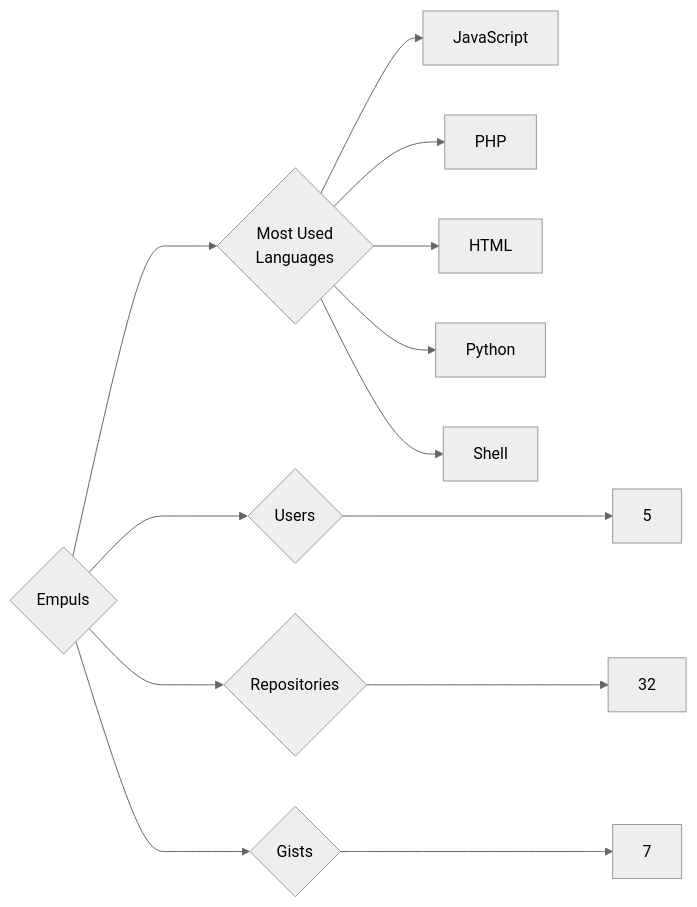
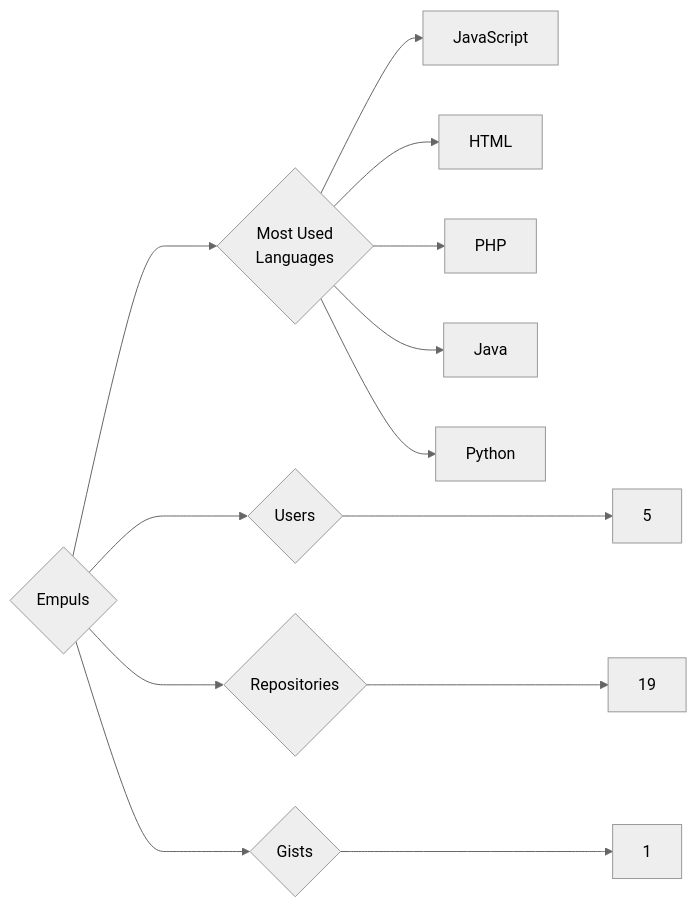
The diagram in targets/Empuls/README.md (trickest/insiders), drawn with Mermaid (neutral theme) before and after one commit. The commit also changed 998 other files, not shown here.

````diff
--- a/targets/Empuls/README.md
+++ b/targets/Empuls/README.md
@@ -3,13 +3,13 @@
 ```mermaid
 graph LR
 COMPANY_NAME{Empuls}
 COMPANY_NAME ---> U{Users} ---> UN[5]
-COMPANY_NAME ---> R{Repositories} ---> RN[32]
-COMPANY_NAME ---> G{Gists} ---> GN[7]
+COMPANY_NAME ---> R{Repositories} ---> RN[19]
+COMPANY_NAME ---> G{Gists} ---> GN[1]
 COMPANY_NAME ---> ML{Most Used<br>Languages}
 ML --> JavaScript[JavaScript]
+ML --> HTML[HTML]
 ML --> PHP[PHP]
-ML --> HTML[HTML]
+ML --> Java[Java]
 ML --> Python[Python]
-ML --> Shell[Shell]
 ```
````
